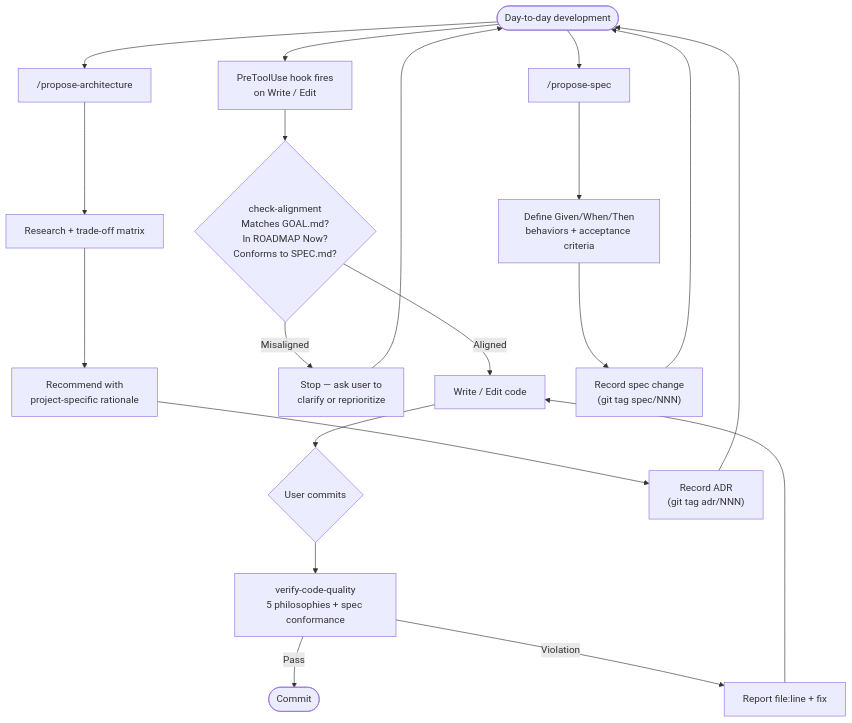
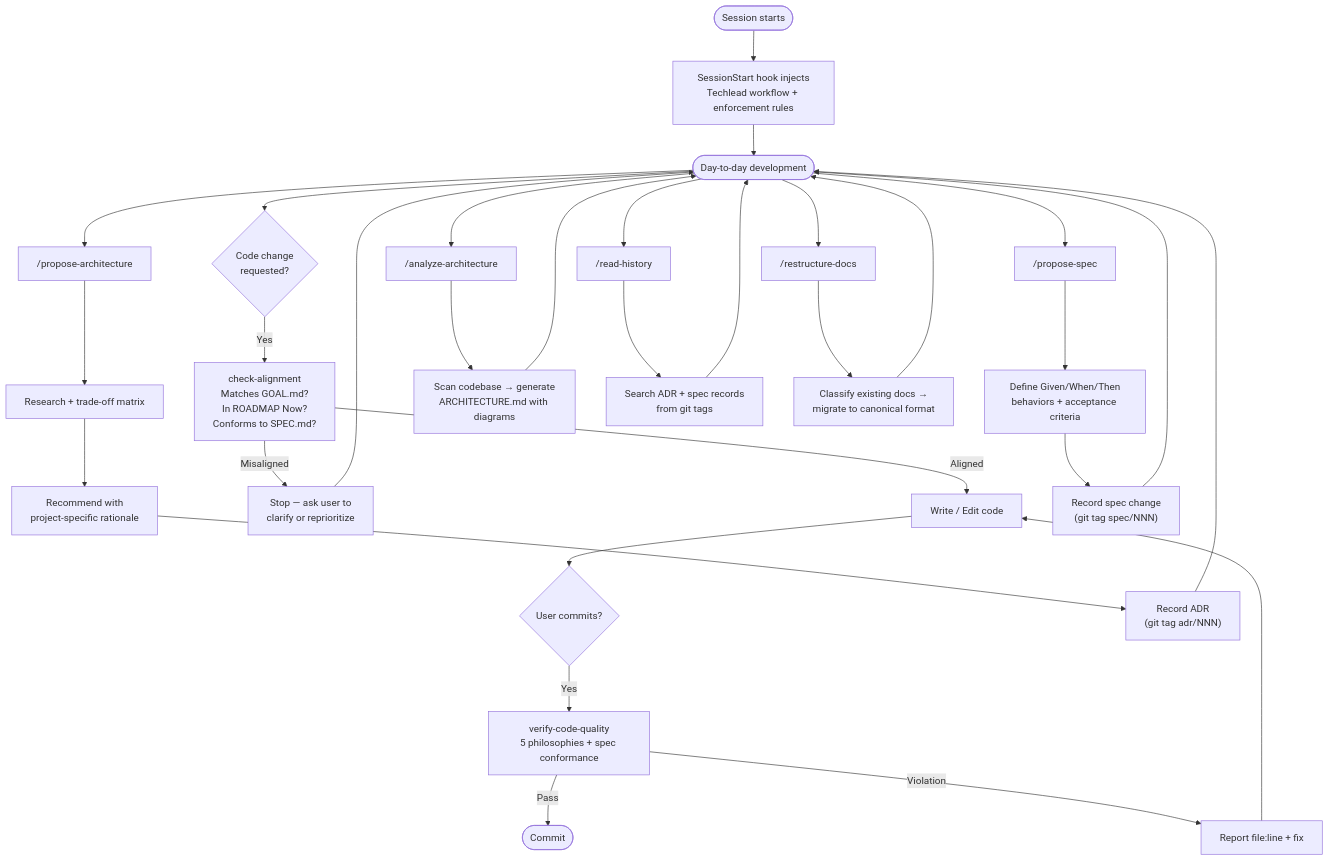
Before and after one commit to RRoundTable/techlead: the second of 2 diagrams in README.md, drawn with Mermaid. The commit also changed other lines of this file, not shown here.

Commit message:
Update README workflow diagrams to match current plugin state
- Setup: add non-standard docs detection (/restructure-docs) and source code spec generation branch
- After Setup: fix hook mechanism from incorrect PreToolUse to SessionStart injection
- After Setup: add missing skill flows (analyze-architecture, read-history, restructure-docs)
- Skills table: add analyze-architecture and restructure-docs entries

````diff
--- a/README.md
+++ b/README.md
@@ -63,27 +69,40 @@
 ```mermaid
 flowchart TD
-    C(["Day-to-day development"])
+    S(["Session starts"]) --> H["SessionStart hook injects\nTechlead workflow + enforcement rules"]
+    H --> C(["Day-to-day development"])
 
-    C --> D["PreToolUse hook fires\non Write / Edit"]
-    D --> E{"check-alignment\nMatches GOAL.md?\nIn ROADMAP Now?\nConforms to SPEC.md?"}
+    C --> D{"Code change\nrequested?"}
+    D -- Yes --> E["check-alignment\nMatches GOAL.md?\nIn ROADMAP Now?\nConforms to SPEC.md?"]
     E -- Aligned --> F["Write / Edit code"]
     E -- Misaligned --> G["Stop — ask user to\nclarify or reprioritize"]
     G --> C
 
-    F --> H{"User commits"}
-    H --> I["verify-code-quality\n5 philosophies + spec conformance"]
+    F --> H2{"User commits?"}
+    H2 -- Yes --> I["verify-code-quality\n5 philosophies + spec conformance"]
     I -- Pass --> J(["Commit"])
     I -- Violation --> K["Report file:line + fix"]
     K --> F
 
     C --> L["/propose-architecture"]
     L --> M["Research + trade-off matrix"]
     M --> N["Recommend with\nproject-specific rationale"]
     N --> O["Record ADR\n(git tag adr/NNN)"]
     O --> C
 
     C --> P["/propose-spec"]
     P --> Q["Define Given/When/Then\nbehaviors + acceptance criteria"]
     Q --> R["Record spec change\n(git tag spec/NNN)"]
     R --> C
+
+    C --> T["/analyze-architecture"]
+    T --> U["Scan codebase → generate\nARCHITECTURE.md with diagrams"]
+    U --> C
+
+    C --> V["/read-history"]
+    V --> W["Search ADR + spec records\nfrom git tags"]
+    W --> C
+
+    C --> X["/restructure-docs"]
+    X --> Y["Classify existing docs →\nmigrate to canonical format"]
+    Y --> C
 ```
````
